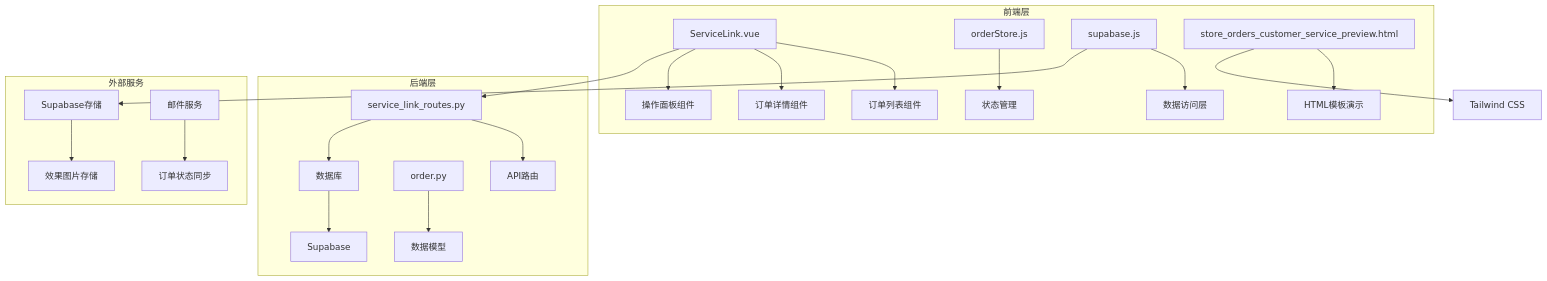
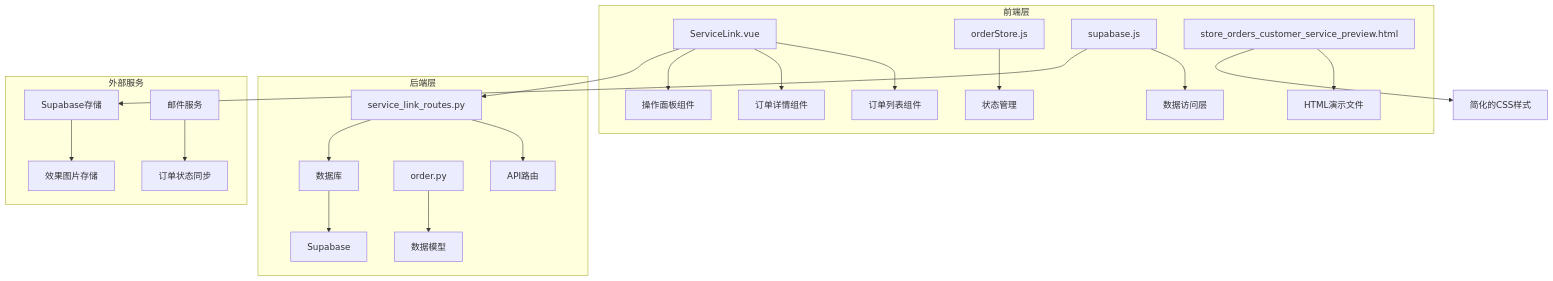
One commit to SY6621/POD-Order-Management changed the first of 13 diagrams in .qoder/repowiki/zh/content/开发指南/客服外链左侧栏模板.md. Above: the diagram before and after it, drawn with Mermaid. The commit also changed other lines of this file and 7 other files, not shown here.

````diff
--- a/.qoder/repowiki/zh/content/开发指南/客服外链左侧栏模板.md
+++ b/.qoder/repowiki/zh/content/开发指南/客服外链左侧栏模板.md
@@ -54,24 +54,24 @@
 ```mermaid
 graph TB
 subgraph "前端层"
 A[ServiceLink.vue] --> B[订单列表组件]
 A --> C[订单详情组件]
 A --> D[操作面板组件]
 E[orderStore.js] --> F[状态管理]
 G[supabase.js] --> H[数据访问层]
-I[store_orders_customer_service_preview.html] --> J[HTML模板演示]
+I[store_orders_customer_service_preview.html] --> J[HTML演示文件]
 end
 subgraph "后端层"
 K[service_link_routes.py] --> L[API路由]
 M[order.py] --> N[数据模型]
 O[数据库] --> P[Supabase]
 end
 subgraph "外部服务"
 Q[Supabase存储] --> R[效果图片存储]
 S[邮件服务] --> T[订单状态同步]
 end
 A --> K
 K --> O
 G --> Q
-I --> U[Tailwind CSS]
+I --> U[简化的CSS样式]
 ```
````
